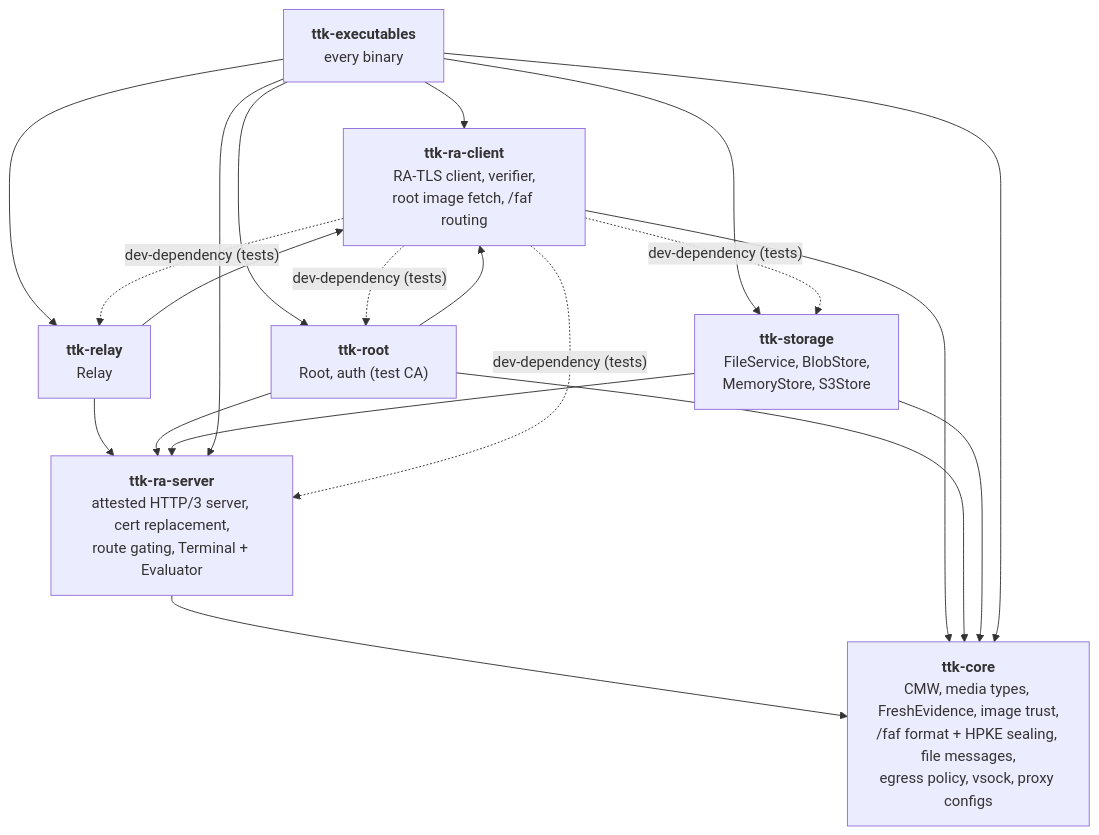
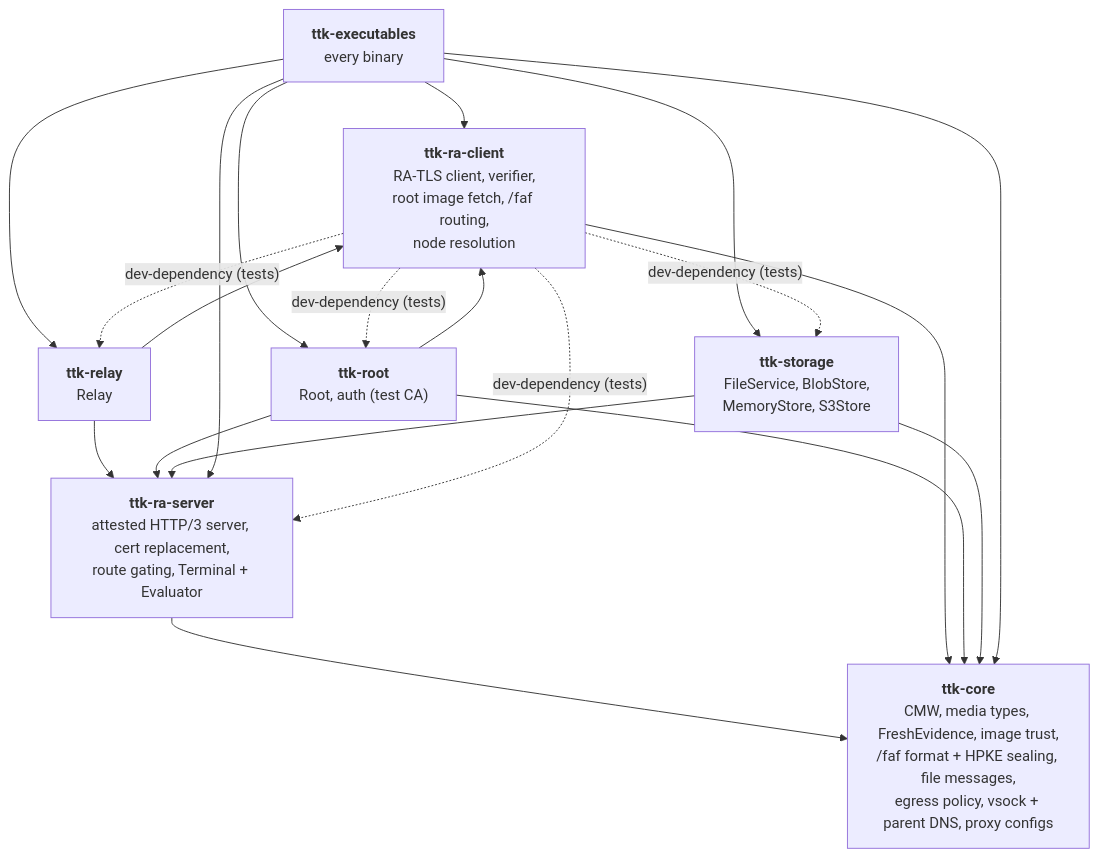
The second of 11 diagrams in docs/src/ARCHITECTURE.md (Lanetus/TTKServer), drawn with Mermaid before and after one commit. The commit also changed other lines of this file and 6 other files, not shown here.

First line of the commit message:
fix: update the mdBook architecture docs to v6.5.0 (#103)

````diff
--- a/docs/src/ARCHITECTURE.md
+++ b/docs/src/ARCHITECTURE.md
@@ -102,25 +102,25 @@
 ```mermaid
 flowchart TB
-    core["<b>ttk-core</b><br/>CMW, media types, FreshEvidence, image trust,<br/>/faf format + HPKE sealing, file messages,<br/>egress policy, vsock, proxy configs"]
+    core["<b>ttk-core</b><br/>CMW, media types, FreshEvidence, image trust,<br/>/faf format + HPKE sealing, file messages,<br/>egress policy, vsock + parent DNS, proxy configs"]
     server["<b>ttk-ra-server</b><br/>attested HTTP/3 server, cert replacement,<br/>route gating, Terminal + Evaluator"]
-    client["<b>ttk-ra-client</b><br/>RA-TLS client, verifier,<br/>root image fetch, /faf routing"]
+    client["<b>ttk-ra-client</b><br/>RA-TLS client, verifier,<br/>root image fetch, /faf routing,<br/>node resolution"]
     relay["<b>ttk-relay</b><br/>Relay"]
     root["<b>ttk-root</b><br/>Root, auth (test CA)"]
     storage["<b>ttk-storage</b><br/>FileService, BlobStore,<br/>MemoryStore, S3Store"]
     exe["<b>ttk-executables</b><br/>every binary"]
 
     server --> core
     client --> core
     relay --> server
     relay --> client
     root --> server
     root --> client
     root --> core
     storage --> server
     storage --> core
     exe --> relay & root & storage & server & client & core
     client -. "dev-dependency (tests)" .-> server
     client -. "dev-dependency (tests)" .-> relay
     client -. "dev-dependency (tests)" .-> storage
     client -. "dev-dependency (tests)" .-> root
 ```
````
